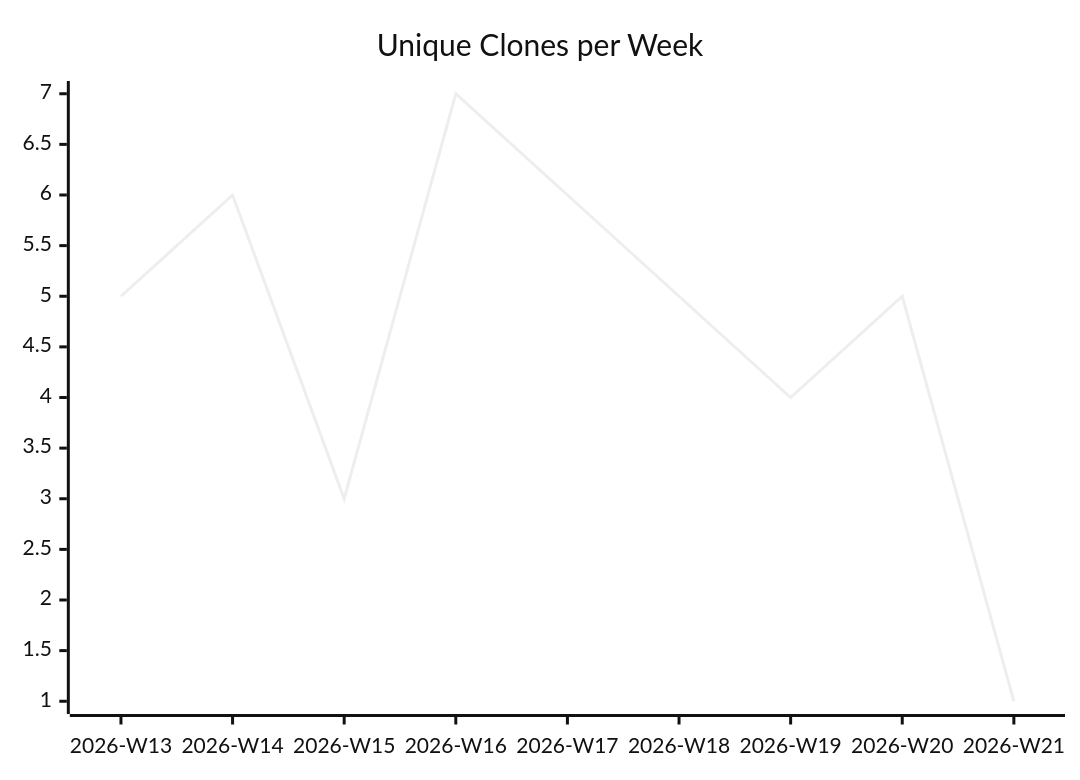
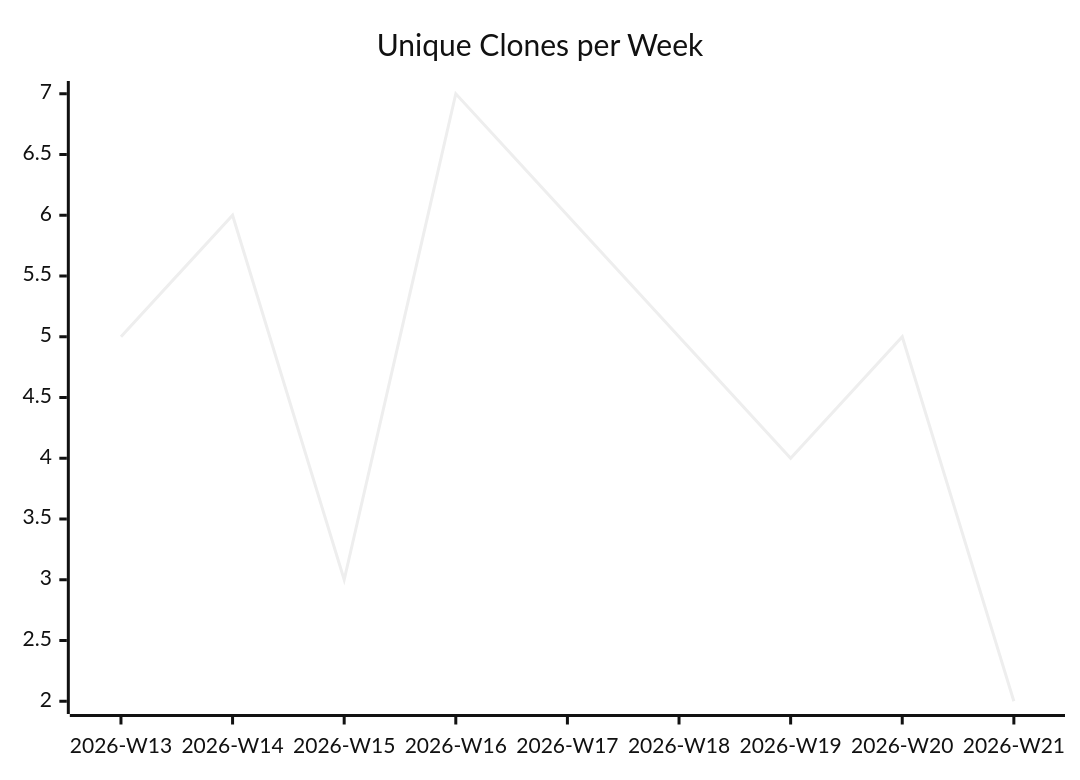
The third of 3 diagrams in karlmdavis/kxml2/README.md (justdavis-family/github-analytics-data), drawn with Mermaid (neutral theme) before and after one commit. The commit also changed other lines of this file and 187 other files, not shown here.

````diff
--- a/karlmdavis/kxml2/README.md
+++ b/karlmdavis/kxml2/README.md
@@ -19,6 +19,6 @@
 ```mermaid
 xychart-beta
   title "Unique Clones per Week"
   x-axis ["2026-W13", "2026-W14", "2026-W15", "2026-W16", "2026-W17", "2026-W18", "2026-W19", "2026-W20", "2026-W21"]
-  line [5, 6, 3, 7, 6, 5, 4, 5, 1]
+  line [5, 6, 3, 7, 6, 5, 4, 5, 2]
 ```
````
